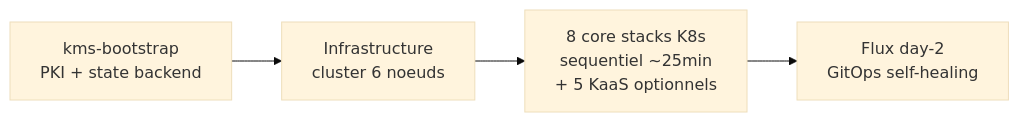
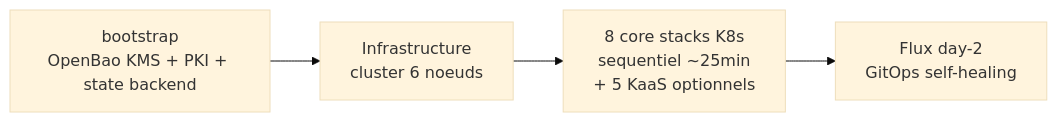
One commit to Destynova2/st4ck changed the diagram in docs/index.md. Above: the diagram before and after it, drawn with Mermaid (base theme). The commit also changed other lines of this file and 25 other files, not shown here.

First line of the commit message:
docs: align docs with ADR-033 OpenBao/ESO/Flux ownership model

````diff
--- a/docs/index.md
+++ b/docs/index.md
@@ -17,6 +17,6 @@
 ```mermaid
 graph LR
-    KMS[kms-bootstrap<br/>PKI + state backend] --> INFRA[Infrastructure<br/>cluster 6 noeuds]
+    KMS[bootstrap<br/>OpenBao KMS + PKI + state backend] --> INFRA[Infrastructure<br/>cluster 6 noeuds]
     INFRA --> STACKS[8 core stacks K8s<br/>sequentiel ~25min<br/>+ 5 KaaS optionnels]
     STACKS --> FLUX[Flux day-2<br/>GitOps self-healing]
 ```
````
